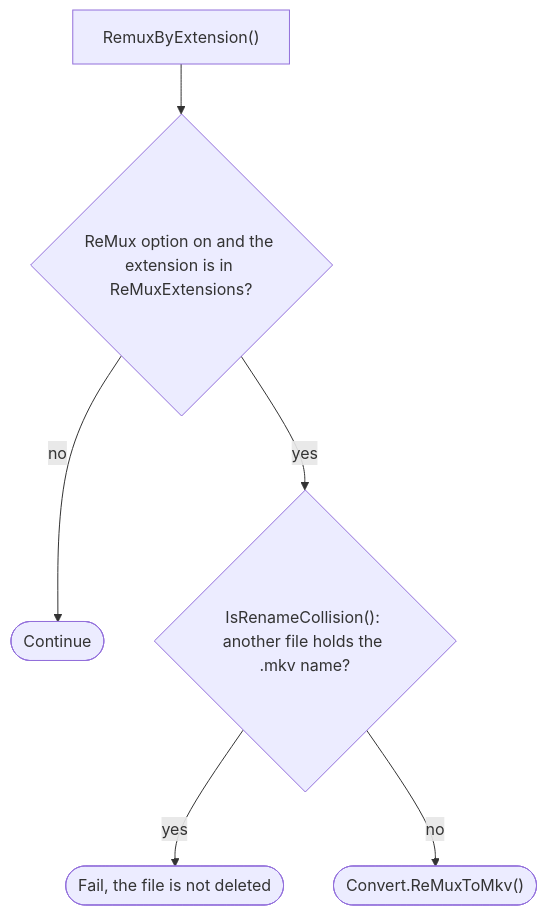
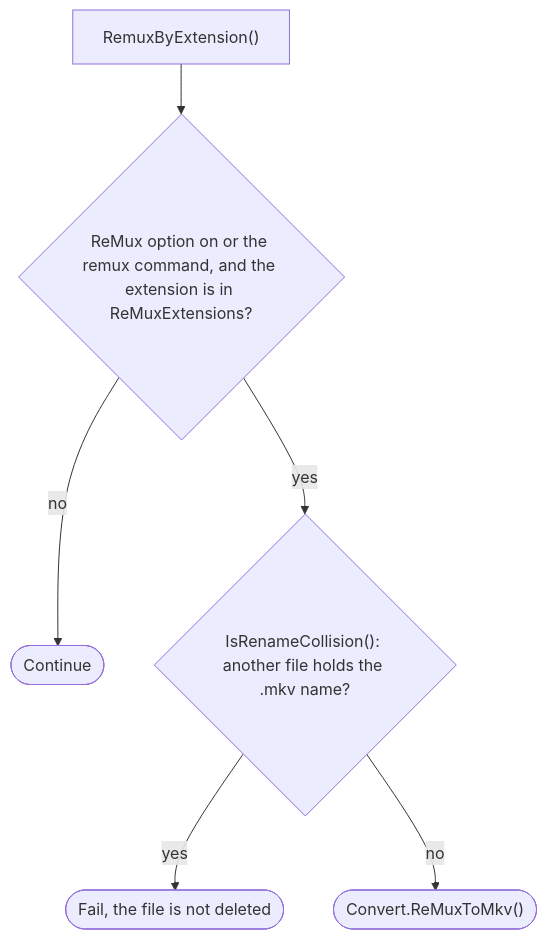
The sixth of 19 diagrams in ARCHITECTURE.md (ptr727/PlexCleaner), drawn with Mermaid before and after one commit. The commit also changed other lines of this file, not shown here.

First line of the commit message:
Qualify Sidecar-Dependent and Command Branches in ARCHITECTURE.md

````diff
--- a/ARCHITECTURE.md
+++ b/ARCHITECTURE.md
@@ -450,8 +450,8 @@
 ```mermaid
 flowchart TD
-  A0["RemuxByExtension()"] --> A1{"ReMux option on and the extension is in ReMuxExtensions?"}
+  A0["RemuxByExtension()"] --> A1{"ReMux option on or the remux command, and the extension is in ReMuxExtensions?"}
   A1 -->|no| AOK(["Continue"])
   A1 -->|yes| A2{"IsRenameCollision(): another file holds the .mkv name?"}
   A2 -->|yes| AF(["Fail, the file is not deleted"])
   A2 -->|no| AR(["Convert.ReMuxToMkv()"])
 ```
````
